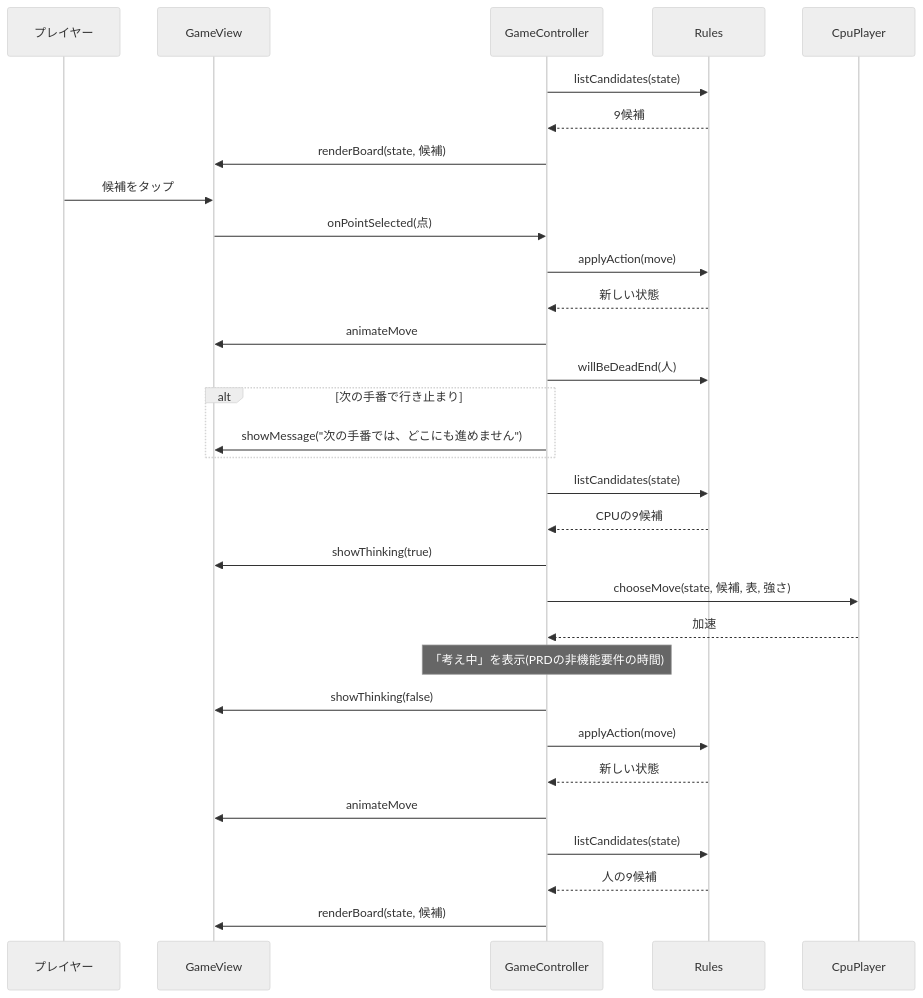
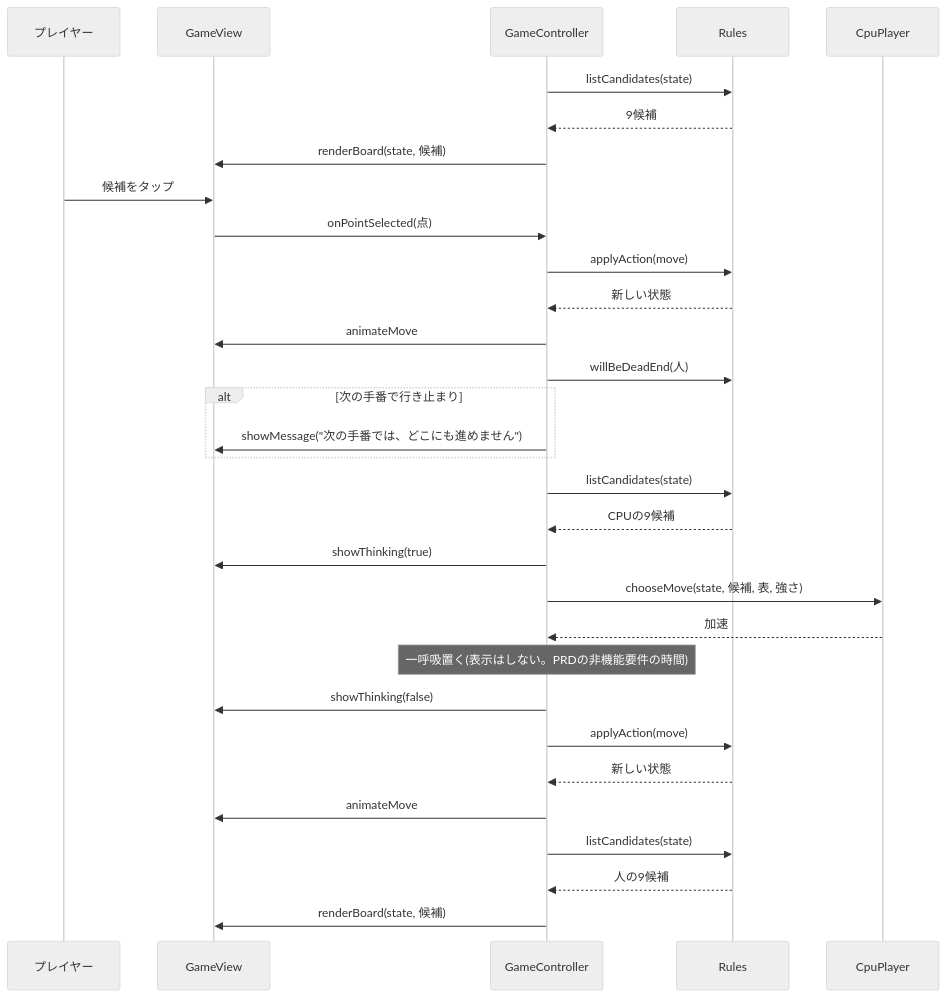
The third of 6 diagrams in docs/functional-design.md (nogawa-asase/race-track), drawn with Mermaid (neutral theme) before and after one commit. The commit also changed other lines of this file and 4 other files, not shown here.

````diff
--- a/docs/functional-design.md
+++ b/docs/functional-design.md
@@ -579,34 +579,34 @@
 ```mermaid
 sequenceDiagram
     participant User as プレイヤー
     participant View as GameView
     participant Ctrl as GameController
     participant Rules
     participant Cpu as CpuPlayer
 
     Ctrl->>Rules: listCandidates(state)
     Rules-->>Ctrl: 9候補
     Ctrl->>View: renderBoard(state, 候補)
     User->>View: 候補をタップ
     View->>Ctrl: onPointSelected(点)
     Ctrl->>Rules: applyAction(move)
     Rules-->>Ctrl: 新しい状態
     Ctrl->>View: animateMove
     Ctrl->>Rules: willBeDeadEnd(人)
     alt 次の手番で行き止まり
         Ctrl->>View: showMessage("次の手番では、どこにも進めません")
     end
     Ctrl->>Rules: listCandidates(state)
     Rules-->>Ctrl: CPUの9候補
     Ctrl->>View: showThinking(true)
     Ctrl->>Cpu: chooseMove(state, 候補, 表, 強さ)
     Cpu-->>Ctrl: 加速
-    Note over Ctrl: 「考え中」を表示(PRDの非機能要件の時間)
+    Note over Ctrl: 一呼吸置く(表示はしない。PRDの非機能要件の時間)
     Ctrl->>View: showThinking(false)
     Ctrl->>Rules: applyAction(move)
     Rules-->>Ctrl: 新しい状態
     Ctrl->>View: animateMove
     Ctrl->>Rules: listCandidates(state)
     Rules-->>Ctrl: 人の9候補
     Ctrl->>View: renderBoard(state, 候補)
 ```
````
